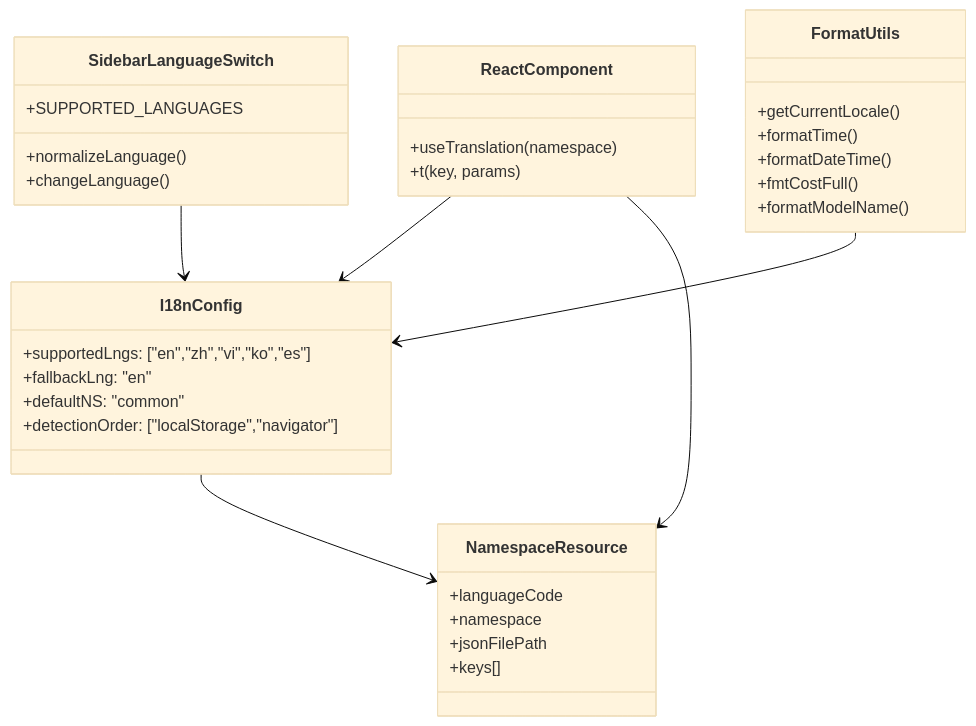
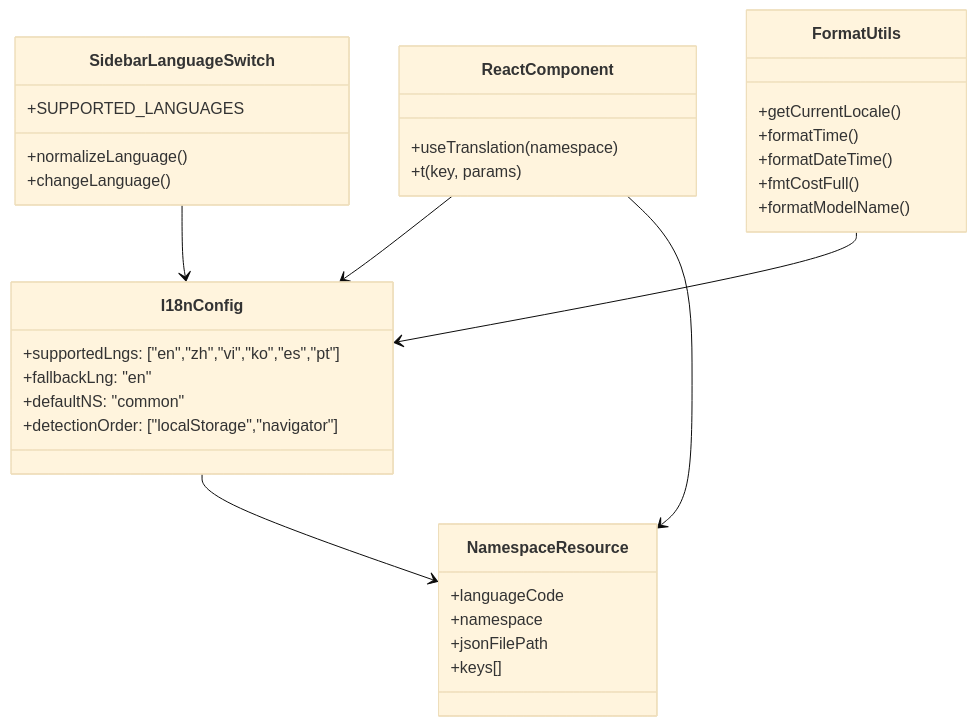
The third of 7 diagrams in docs/I18N.md (hoangsonww/Claude-Code-Agent-Monitor), drawn with Mermaid (base theme) before and after one commit. The commit also changed other lines of this file and 27 other files, not shown here.

````diff
--- a/docs/I18N.md
+++ b/docs/I18N.md
@@ -134,41 +134,41 @@
 ```mermaid
 classDiagram
     class I18nConfig {
-      +supportedLngs: ["en","zh","vi","ko","es"]
+      +supportedLngs: ["en","zh","vi","ko","es","pt"]
       +fallbackLng: "en"
       +defaultNS: "common"
       +detectionOrder: ["localStorage","navigator"]
     }
 
     class NamespaceResource {
       +languageCode
       +namespace
       +jsonFilePath
       +keys[]
     }
 
     class ReactComponent {
       +useTranslation(namespace)
       +t(key, params)
     }
 
     class SidebarLanguageSwitch {
       +SUPPORTED_LANGUAGES
       +normalizeLanguage()
       +changeLanguage()
     }
 
     class FormatUtils {
       +getCurrentLocale()
       +formatTime()
       +formatDateTime()
       +fmtCostFull()
       +formatModelName()
     }
 
     I18nConfig --> NamespaceResource
     ReactComponent --> I18nConfig
     ReactComponent --> NamespaceResource
     SidebarLanguageSwitch --> I18nConfig
     FormatUtils --> I18nConfig
 ```
````
